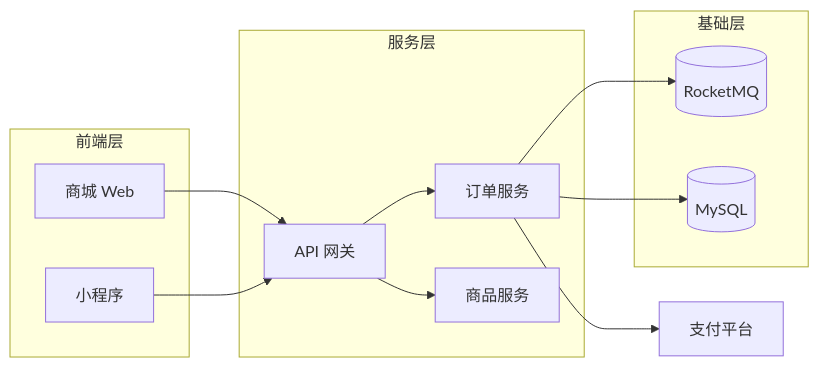
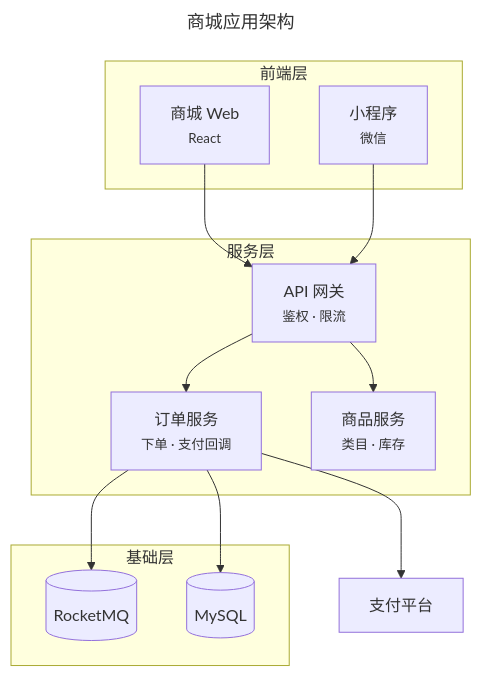
Before and after one commit to huang-hee/diagram-kit: the third of 7 diagrams in references/types-structure.md, drawn with Mermaid. The commit also changed other lines of this file and 248 other files, not shown here.

First line of the commit message:
feat: 示例按统一风格重做，补齐 42 张 drawio 整图示例，默认工具改为 drawio

````diff
--- a/references/types-structure.md
+++ b/references/types-structure.md
@@ -113,25 +113,28 @@
 ```mermaid
-flowchart LR
+---
+title: 商城应用架构
+---
+flowchart TB
   subgraph L1[前端层]
-    W[商城 Web]:::client
-    M[小程序]:::client
+    W["商城 Web<br><small>React</small>"]:::client
+    M["小程序<br><small>微信</small>"]:::client
   end
   subgraph L2[服务层]
-    G[API 网关]:::service
-    O[订单服务]:::service
-    P[商品服务]:::service
+    G["API 网关<br><small>鉴权 · 限流</small>"]:::service
+    O["订单服务<br><small>下单 · 支付回调</small>"]:::service
+    P["商品服务<br><small>类目 · 库存</small>"]:::service
   end
   subgraph L3[基础层]
     MQ[(RocketMQ)]:::infra
     DB[(MySQL)]:::infra
   end
   X[支付平台]:::external
   W --> G
   M --> G
   G --> O
   G --> P
   O --> MQ
   O --> DB
   O --> X
   class L1,L2,L3 layer
 ```
````
